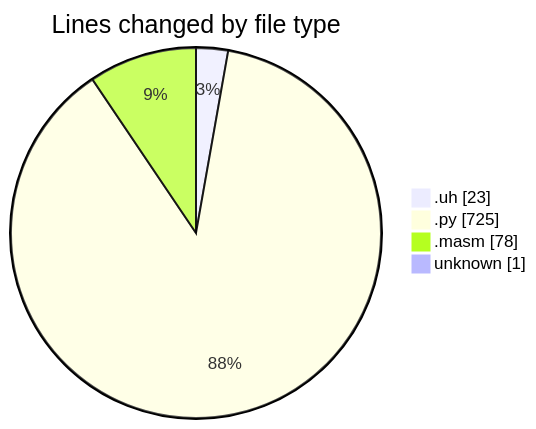
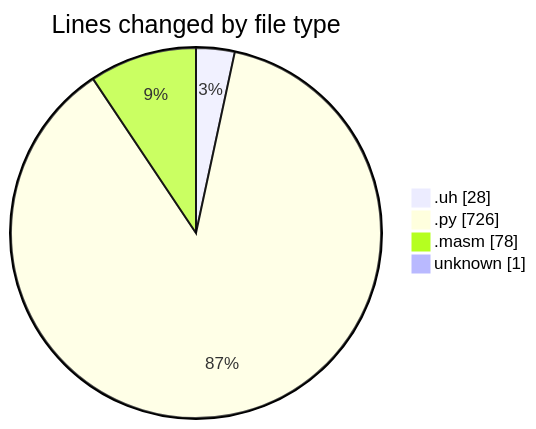
The first of 2 diagrams in 2025-04-29/uhigh-lang/README.md (charlie-sans/code-tracking), drawn with Mermaid before and after one commit. The commit also changed other lines of this file and 1 other file, not shown here.

````diff
--- a/2025-04-29/uhigh-lang/README.md
+++ b/2025-04-29/uhigh-lang/README.md
@@ -25,8 +25,8 @@
 ```mermaid
 pie showData
 title Lines changed by file type
-".uh" : 23
-".py" : 725
+".uh" : 28
+".py" : 726
 ".masm" : 78
 "unknown" : 1
 ```
````
